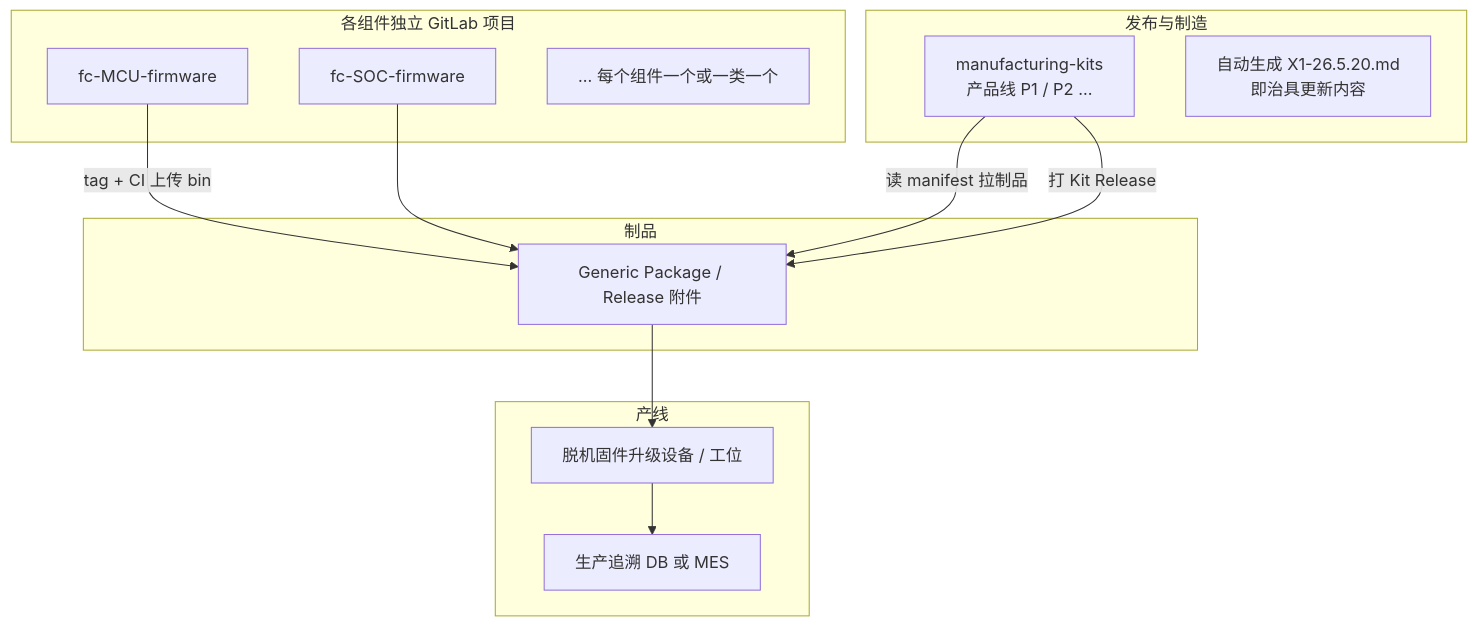
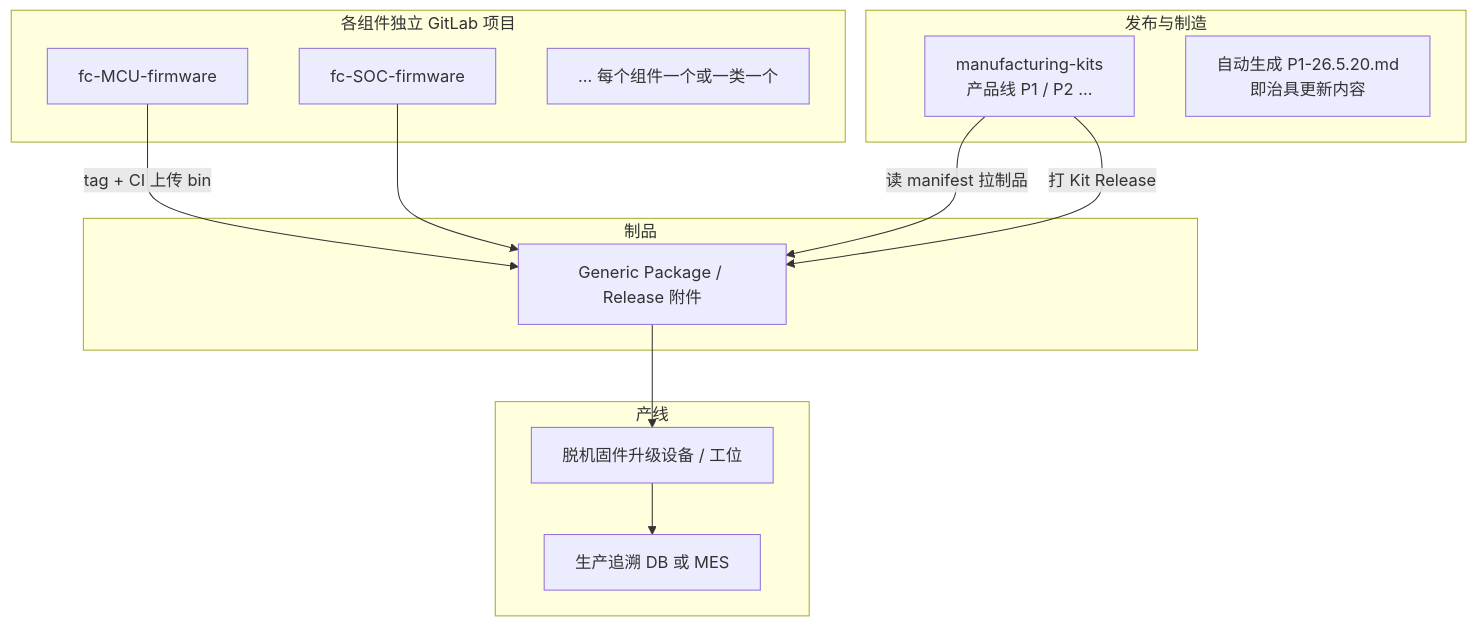
Before and after one commit to elmagnificogi/elmagnificogi.github.io: the second of 2 diagrams in _posts/2026-05-19-Gitlab-Artifacts.md, drawn with Mermaid. The commit also changed other lines of this file, not shown here.

````diff
--- a/_posts/2026-05-19-Gitlab-Artifacts.md
+++ b/_posts/2026-05-19-Gitlab-Artifacts.md
@@ -57,29 +79,29 @@
 ```mermaid
 flowchart TB
   subgraph component_repos [各组件独立 GitLab 项目]
     R1[fc-MCU-firmware]
     R2[fc-SOC-firmware]
     Rn[... 每个组件一个或一类一个]
   end
 
   subgraph meta [发布与制造]
     MR[manufacturing-kits<br/>产品线 P1 / P2 ...]
-    DOC[自动生成 X1-26.5.20.md<br/>即治具更新内容]
+    DOC[自动生成 P1-26.5.20.md<br/>即治具更新内容]
   end
 
   subgraph registry [制品]
     PKG[Generic Package / Release 附件]
   end
 
   subgraph line [产线]
     OFF[脱机固件升级设备 / 工位]
     LOG[生产追溯 DB 或 MES]
   end
 
   R1 -->|tag + CI 上传 bin| PKG
   R2 --> PKG
   MR -->|读 manifest 拉制品| PKG
   MR -->|打 Kit Release| PKG
   PKG --> OFF
   OFF --> LOG
 ```
````
